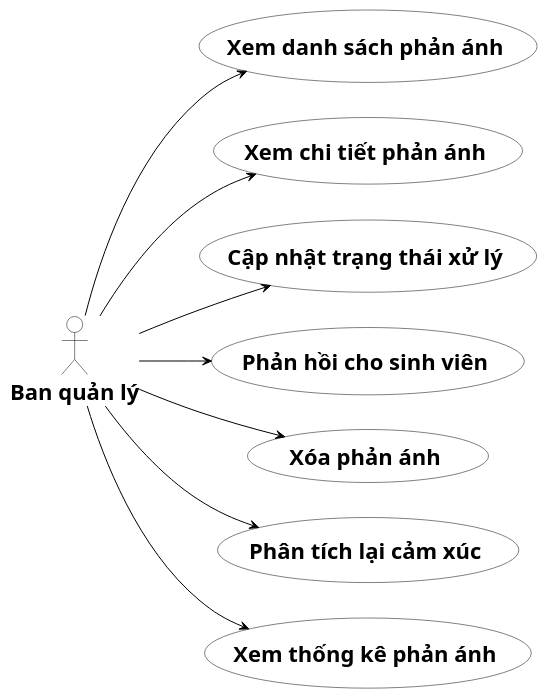
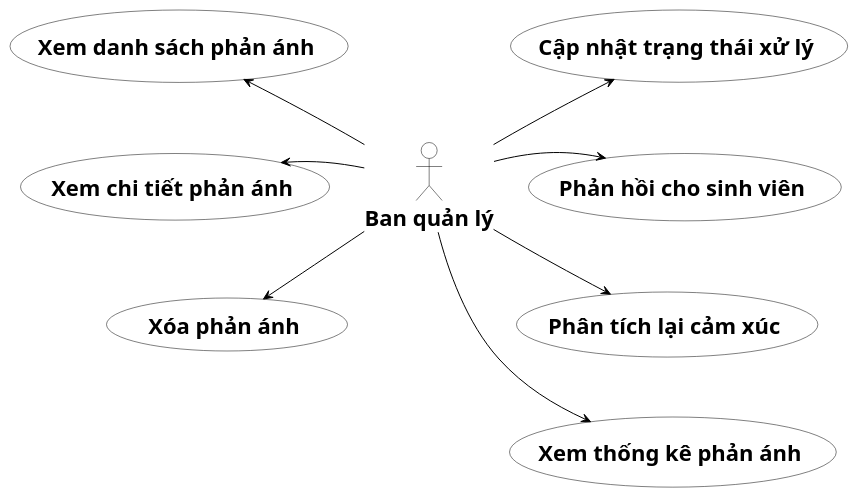
The diagram in diagrams/usecase_phanra/uc_phananh_admin.puml (s0nbuildtech287/dormitory-frontend), drawn with PlantUML before and after one commit.

```diff
--- a/diagrams/usecase_phanra/uc_phananh_admin.puml
+++ b/diagrams/usecase_phanra/uc_phananh_admin.puml
@@ -1,34 +1,51 @@
-@startuml "UC Phân rã - Phản ánh (Ban quản lý)"
+@startuml
 skinparam defaultFontSize 22
 skinparam defaultFontName "Times New Roman"
-left to right direction
 skinparam usecase {
   BackgroundColor White
   BorderColor Black
 }
 skinparam actor {
   BackgroundColor White
   BorderColor Black
 }
 skinparam ArrowColor Black
 skinparam ArrowThickness 1
 skinparam shadowing false
 
 actor "<b>Ban quản lý</b>" as Admin
 
-usecase "<b>Xem danh sách phản ánh</b>" as UC1
-usecase "<b>Xem chi tiết phản ánh</b>" as UC2
-usecase "<b>Cập nhật trạng thái xử lý</b>" as UC3
-usecase "<b>Phản hồi cho sinh viên</b>" as UC4
-usecase "<b>Xóa phản ánh</b>" as UC5
-usecase "<b>Phân tích lại cảm xúc</b>" as UC6
-usecase "<b>Xem thống kê phản ánh</b>" as UC7
+together {
+  usecase "<b>Xem danh sách phản ánh</b>" as UC1
+  usecase "<b>Xem chi tiết phản ánh</b>" as UC2
+  usecase "<b>Xóa phản ánh</b>" as UC5
+}
 
-Admin --> UC1
-Admin --> UC2
-Admin --> UC3
+together {
+  usecase "<b>Cập nhật trạng thái xử lý</b>" as UC3
+  usecase "<b>Phản hồi cho sinh viên</b>" as UC4
+  usecase "<b>Phân tích lại cảm xúc</b>" as UC6
+  usecase "<b>Xem thống kê phản ánh</b>" as UC7
+}
+
+UC1 -[hidden]-> UC2
+UC2 -[hidden]-> UC5
+
+UC3 -[hidden]-> UC4
+UC4 -[hidden]-> UC6
+UC6 -[hidden]-> UC7
+
+UC1 -[hidden]right-> UC3
+UC2 -[hidden]right-> Admin
+Admin -[hidden]right-> UC4
+UC5 -[hidden]right-> UC6
+
+UC1 <-- Admin
+UC2 <-- Admin
+Admin --> UC5
+
+UC3 <-- Admin
 Admin --> UC4
-Admin --> UC5
 Admin --> UC6
 Admin --> UC7
 @enduml
```
